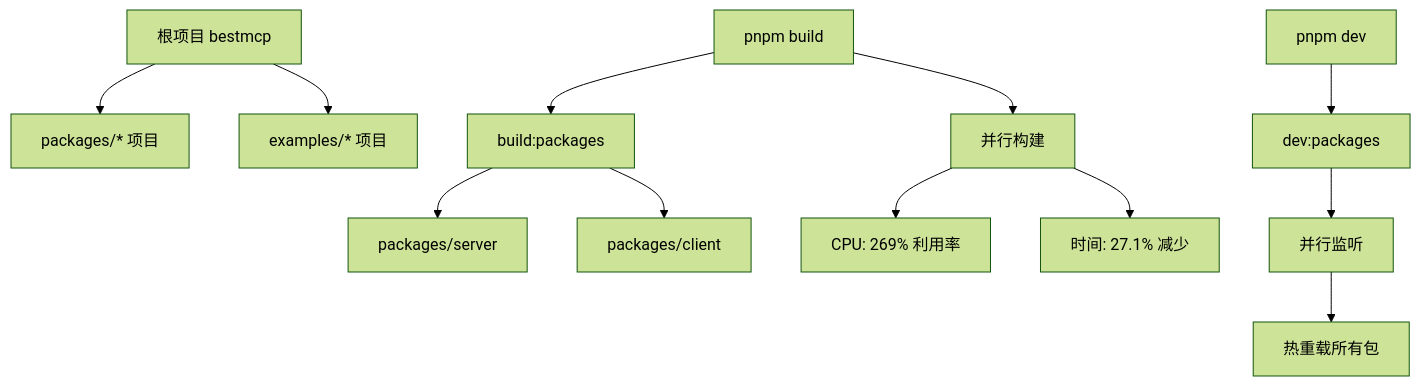
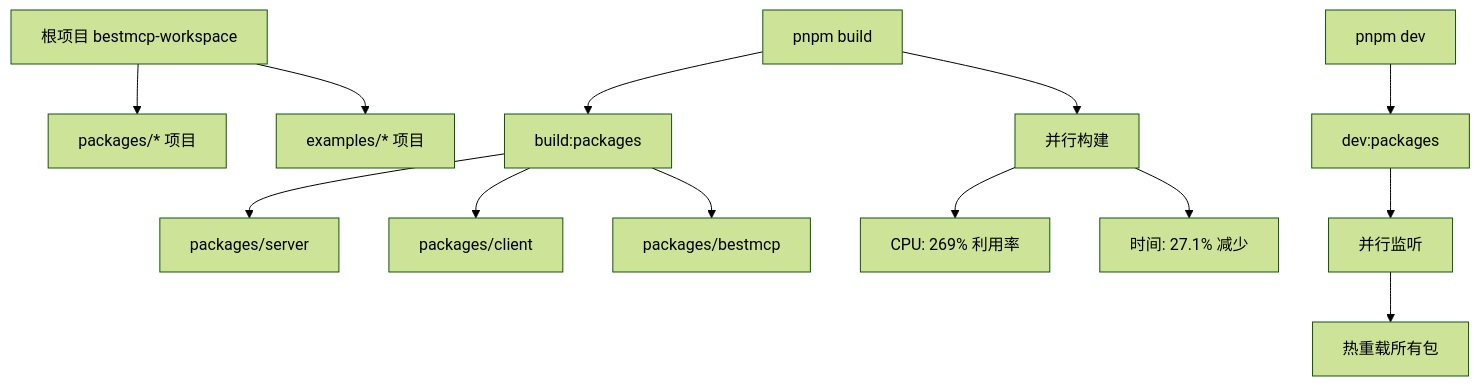
Before and after one commit to shenjingnan/bestmcp: the diagram in CLAUDE.md, drawn with Mermaid (forest theme). The commit also changed other lines of this file and 4 other files, not shown here.

First line of the commit message:
docs: 同步更新文档以反映 src/ 到 packages/bestmcp 的架构迁移 (#24)

````diff
--- a/CLAUDE.md
+++ b/CLAUDE.md
@@ -46,18 +46,19 @@
 ```mermaid
 graph TD
-    A[根项目 bestmcp] --> B[packages/* 项目]
+    A[根项目 bestmcp-workspace] --> B[packages/* 项目]
     A --> C[examples/* 项目]
 
     D[pnpm build] --> E[build:packages]
     D --> F[并行构建]
 
     E --> G[packages/server]
     E --> H[packages/client]
+    E --> I[packages/bestmcp]
 
-    F --> I[CPU: 269% 利用率]
-    F --> J[时间: 27.1% 减少]
+    F --> J[CPU: 269% 利用率]
+    F --> K[时间: 27.1% 减少]
 
-    K[pnpm dev] --> L[dev:packages]
-    L --> M[并行监听]
-    M --> N[热重载所有包]
+    L[pnpm dev] --> M[dev:packages]
+    M --> N[并行监听]
+    N --> O[热重载所有包]
 ```
````
